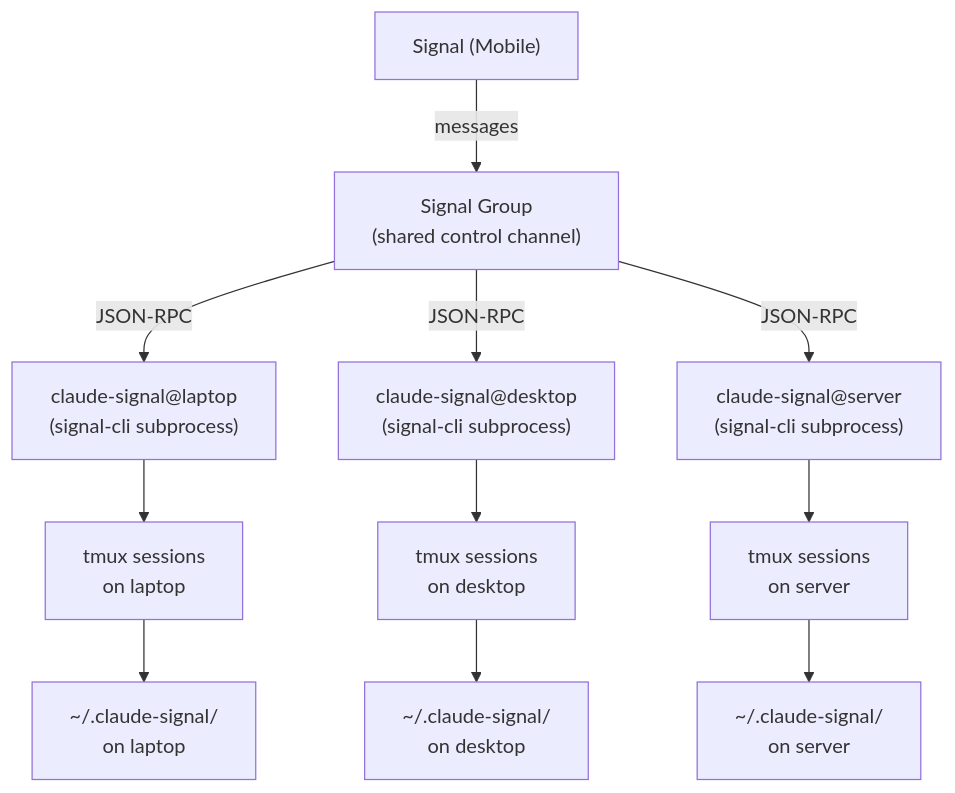
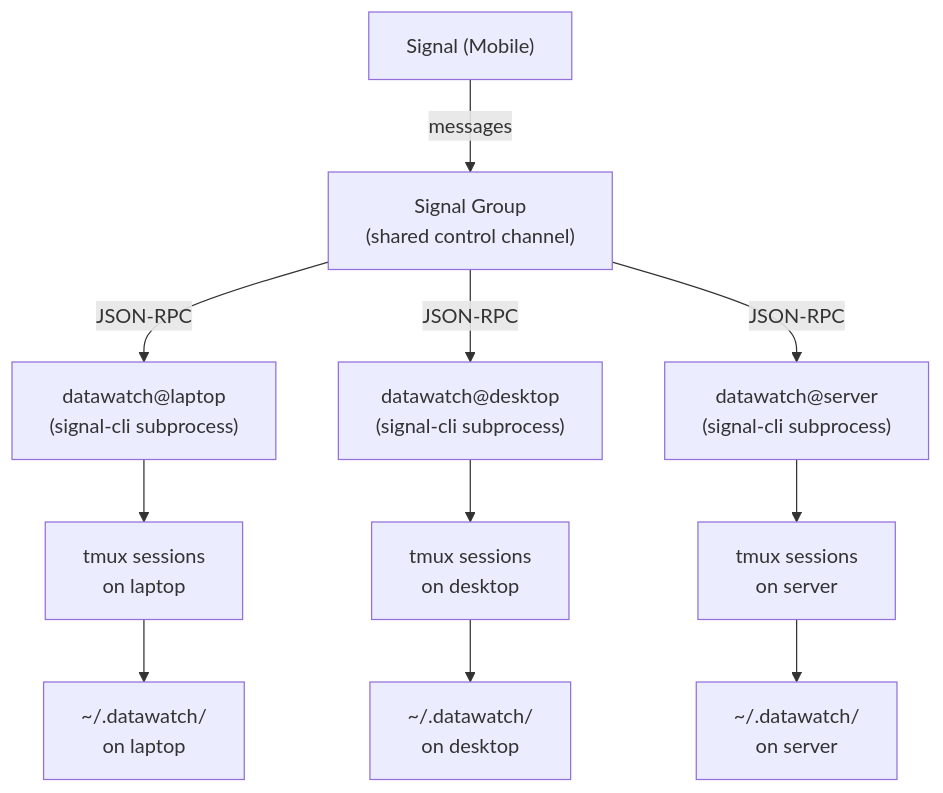
Before and after one commit to dmz006/datawatch: the diagram in docs/multi-session.md, drawn with Mermaid. The commit also changed other lines of this file and 82 other files, not shown here.

First line of the commit message:
Rename project from claude-signal to datawatch

````diff
--- a/docs/multi-session.md
+++ b/docs/multi-session.md
@@ -9,16 +9,16 @@
 ```mermaid
 graph TD
     Phone["Signal (Mobile)"] -->|messages| Group["Signal Group\n(shared control channel)"]
 
-    Group -->|JSON-RPC| A["claude-signal@laptop\n(signal-cli subprocess)"]
-    Group -->|JSON-RPC| B["claude-signal@desktop\n(signal-cli subprocess)"]
-    Group -->|JSON-RPC| C["claude-signal@server\n(signal-cli subprocess)"]
+    Group -->|JSON-RPC| A["datawatch@laptop\n(signal-cli subprocess)"]
+    Group -->|JSON-RPC| B["datawatch@desktop\n(signal-cli subprocess)"]
+    Group -->|JSON-RPC| C["datawatch@server\n(signal-cli subprocess)"]
 
     A --> A1["tmux sessions\non laptop"]
     B --> B1["tmux sessions\non desktop"]
     C --> C1["tmux sessions\non server"]
 
-    A1 --> A2["~/.claude-signal/\non laptop"]
-    B1 --> B2["~/.claude-signal/\non desktop"]
-    C1 --> C2["~/.claude-signal/\non server"]
+    A1 --> A2["~/.datawatch/\non laptop"]
+    B1 --> B2["~/.datawatch/\non desktop"]
+    C1 --> C2["~/.datawatch/\non server"]
 ```
````
